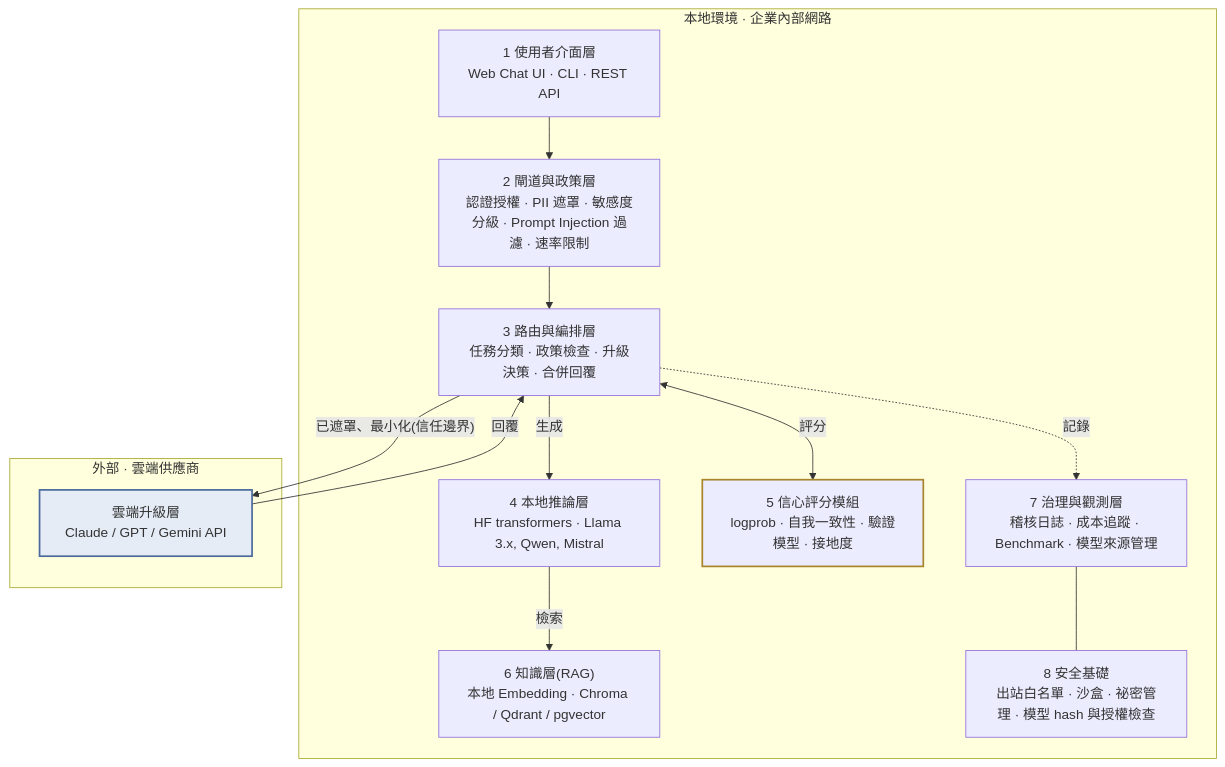
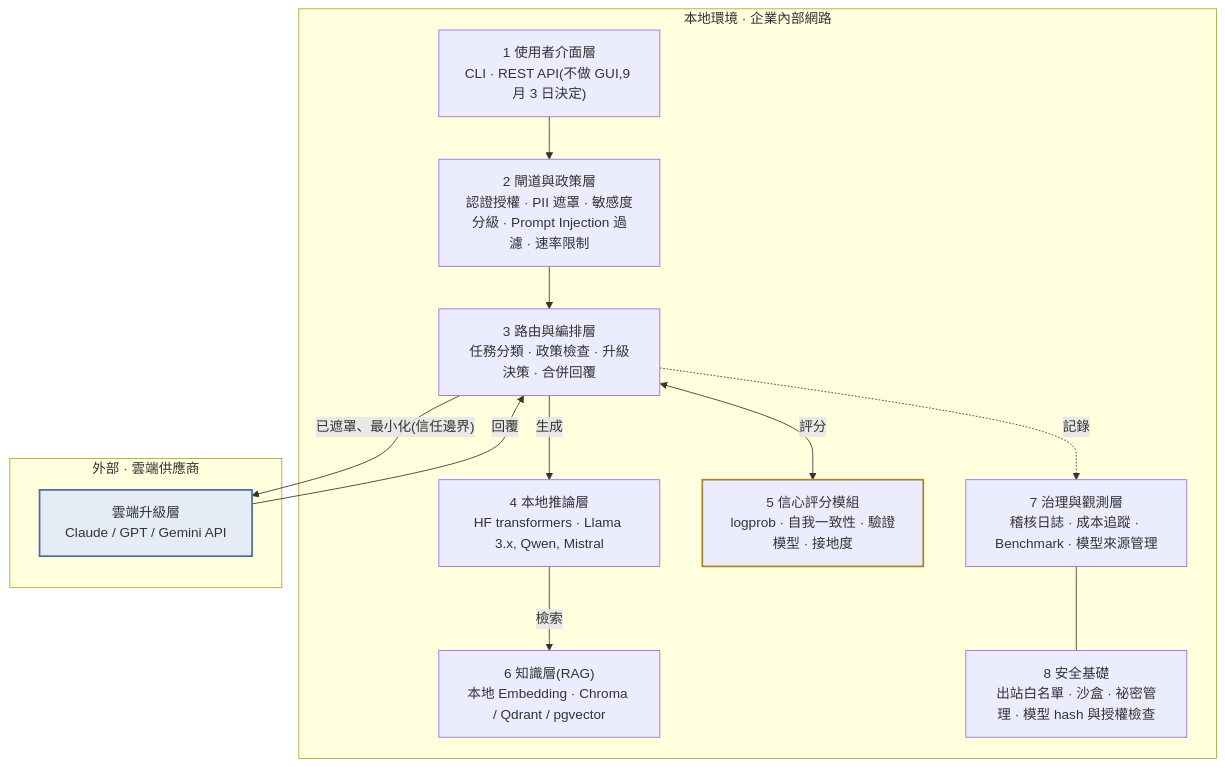
Before and after one commit to Mark-Chu-19/virtual-gold-capstone: the first of 3 diagrams in docs/architecture-v0.2-zh.md, drawn with Mermaid. The commit also changed other lines of this file and 4 other files, not shown here.

Commit message:
Architecture doc: no GUI in layer 1, students work in the sandbox not on laptops, deployment diagram uses HF transformers; PR template adds fix type

````diff
--- a/docs/architecture-v0.2-zh.md
+++ b/docs/architecture-v0.2-zh.md
@@ -32,26 +32,26 @@
 ```mermaid
 flowchart TB
   subgraph LOCAL["本地環境 · 企業內部網路"]
-    L1["1 使用者介面層<br/>Web Chat UI · CLI · REST API"]
+    L1["1 使用者介面層<br/>CLI · REST API(不做 GUI,9 月 3 日決定)"]
     L2["2 閘道與政策層<br/>認證授權 · PII 遮罩 · 敏感度分級 · Prompt Injection 過濾 · 速率限制"]
     L3["3 路由與編排層<br/>任務分類 · 政策檢查 · 升級決策 · 合併回覆"]
     L4["4 本地推論層<br/>HF transformers · Llama 3.x, Qwen, Mistral"]
     L5["5 信心評分模組<br/>logprob · 自我一致性 · 驗證模型 · 接地度"]
     L6["6 知識層(RAG)<br/>本地 Embedding · Chroma / Qdrant / pgvector"]
     L7["7 治理與觀測層<br/>稽核日誌 · 成本追蹤 · Benchmark · 模型來源管理"]
     L8["8 安全基礎<br/>出站白名單 · 沙盒 · 祕密管理 · 模型 hash 與授權檢查"]
     L1 --> L2 --> L3
     L3 -- 生成 --> L4
     L3 <-- 評分 --> L5
     L4 -- 檢索 --> L6
     L3 -.記錄.-> L7
     L7 --- L8
   end
   subgraph CLOUD["外部 · 雲端供應商"]
     C["雲端升級層<br/>Claude / GPT / Gemini API"]
   end
   L3 -- "已遮罩、最小化(信任邊界)" --> C
   C -- 回覆 --> L3
   style L5 stroke:#A8842C,stroke-width:2px
   style C fill:#E5ECF6,stroke:#4B6A9B,stroke-width:2px
 ```
````
